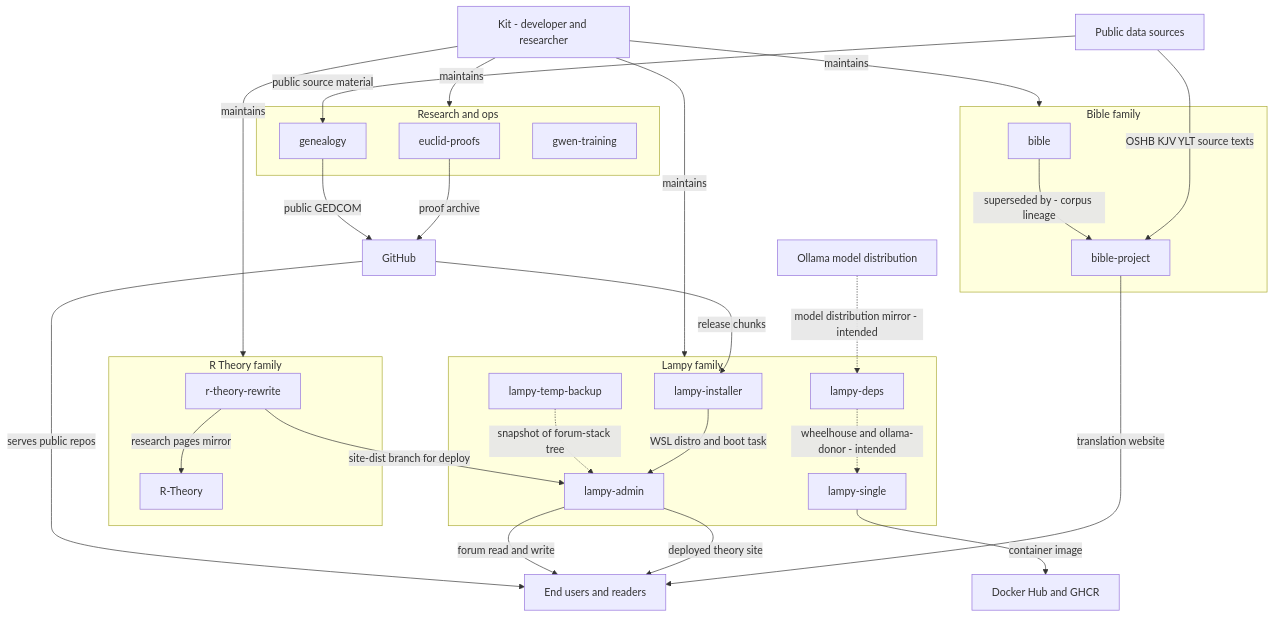
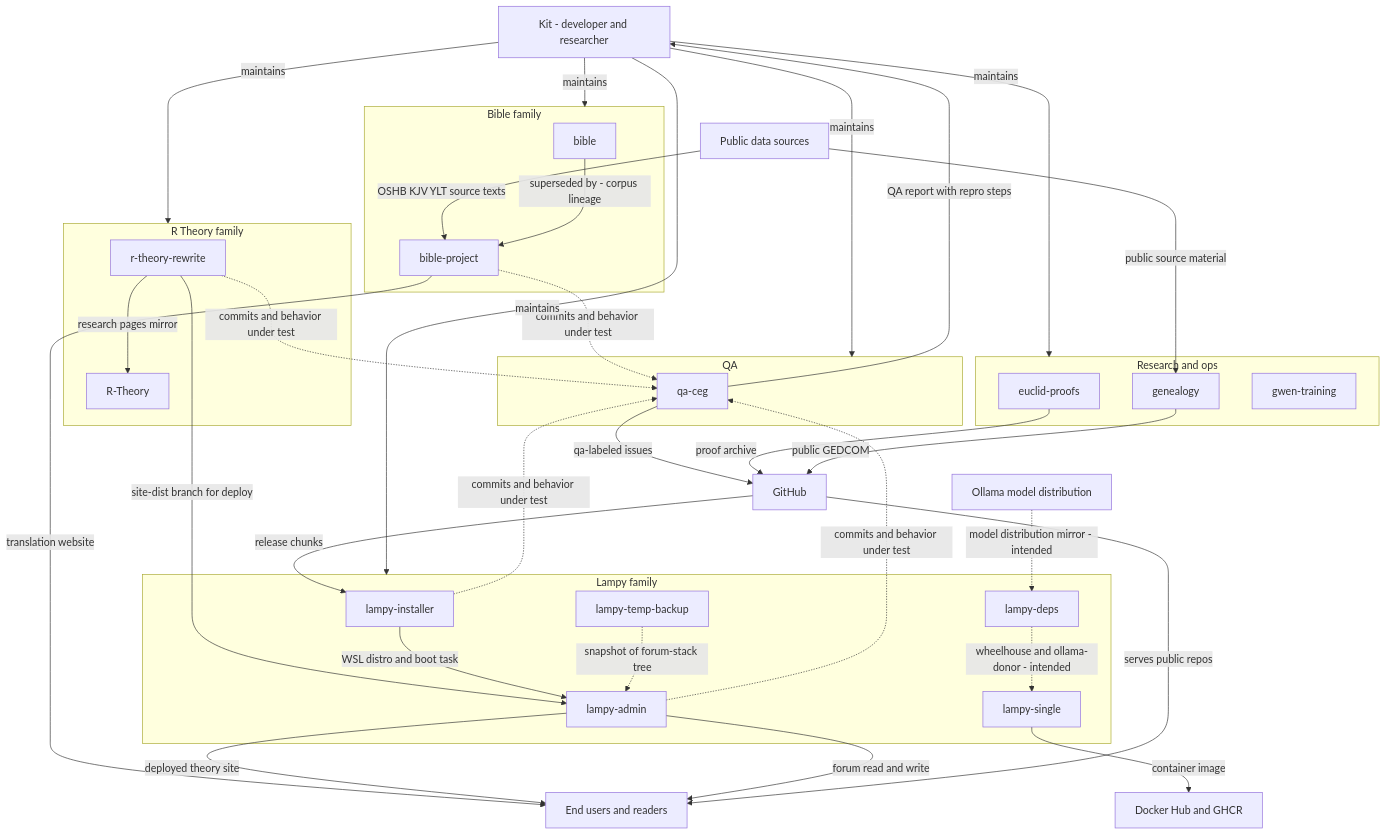
The first of 2 diagrams in docs/system.md (cosbykit-afk/cosbykit-afk), drawn with Mermaid before and after one commit. The commit also changed other lines of this file, not shown here.

Commit message:
docs: system-wide view — bible v2 inventory/ERD, qa-ceg as 14th repo

````diff
--- a/docs/system.md
+++ b/docs/system.md
@@ -17,57 +17,68 @@
 ```mermaid
 flowchart TB
     Kit["Kit - developer and researcher"]
     Readers["End users and readers"]
     GH["GitHub"]
     DH["Docker Hub and GHCR"]
     SRC["Public data sources"]
     OLL["Ollama model distribution"]
 
     subgraph BIBLEFAM["Bible family"]
         bible["bible"]
         bibleproj["bible-project"]
     end
     subgraph RTFAM["R Theory family"]
         rtrewrite["r-theory-rewrite"]
         rtheory["R-Theory"]
     end
     subgraph LAMPYFAM["Lampy family"]
         installer["lampy-installer"]
         admin["lampy-admin"]
         single["lampy-single"]
         deps["lampy-deps"]
         tempbackup["lampy-temp-backup"]
     end
+    subgraph QAFAM["QA"]
+        qaceg["qa-ceg"]
+    end
     subgraph RESFAM["Research and ops"]
         euclid["euclid-proofs"]
         genealogy["genealogy"]
         gwentrain["gwen-training"]
     end
 
     Kit -->|"maintains"| BIBLEFAM
     Kit -->|"maintains"| RTFAM
     Kit -->|"maintains"| LAMPYFAM
+    Kit -->|"maintains"| QAFAM
     Kit -->|"maintains"| RESFAM
 
     SRC -->|"OSHB KJV YLT source texts"| bibleproj
     SRC -->|"public source material"| genealogy
 
     bible -->|"superseded by - corpus lineage"| bibleproj
     bibleproj -->|"translation website"| Readers
 
     rtrewrite -->|"research pages mirror"| rtheory
     rtrewrite -->|"site-dist branch for deploy"| admin
     admin -->|"deployed theory site"| Readers
     admin -->|"forum read and write"| Readers
 
     GH -->|"release chunks"| installer
     installer -->|"WSL distro and boot task"| admin
     single -->|"container image"| DH
     deps -.->|"wheelhouse and ollama-donor - intended"| single
     OLL -.->|"model distribution mirror - intended"| deps
     tempbackup -.->|"snapshot of forum-stack tree"| admin
 
+    qaceg -->|"qa-labeled issues"| GH
+    qaceg -->|"QA report with repro steps"| Kit
+    rtrewrite -.->|"commits and behavior under test"| qaceg
+    bibleproj -.->|"commits and behavior under test"| qaceg
+    admin -.->|"commits and behavior under test"| qaceg
+    installer -.->|"commits and behavior under test"| qaceg
+
     euclid -->|"proof archive"| GH
     genealogy -->|"public GEDCOM"| GH
     GH -->|"serves public repos"| Readers
 ```
````
